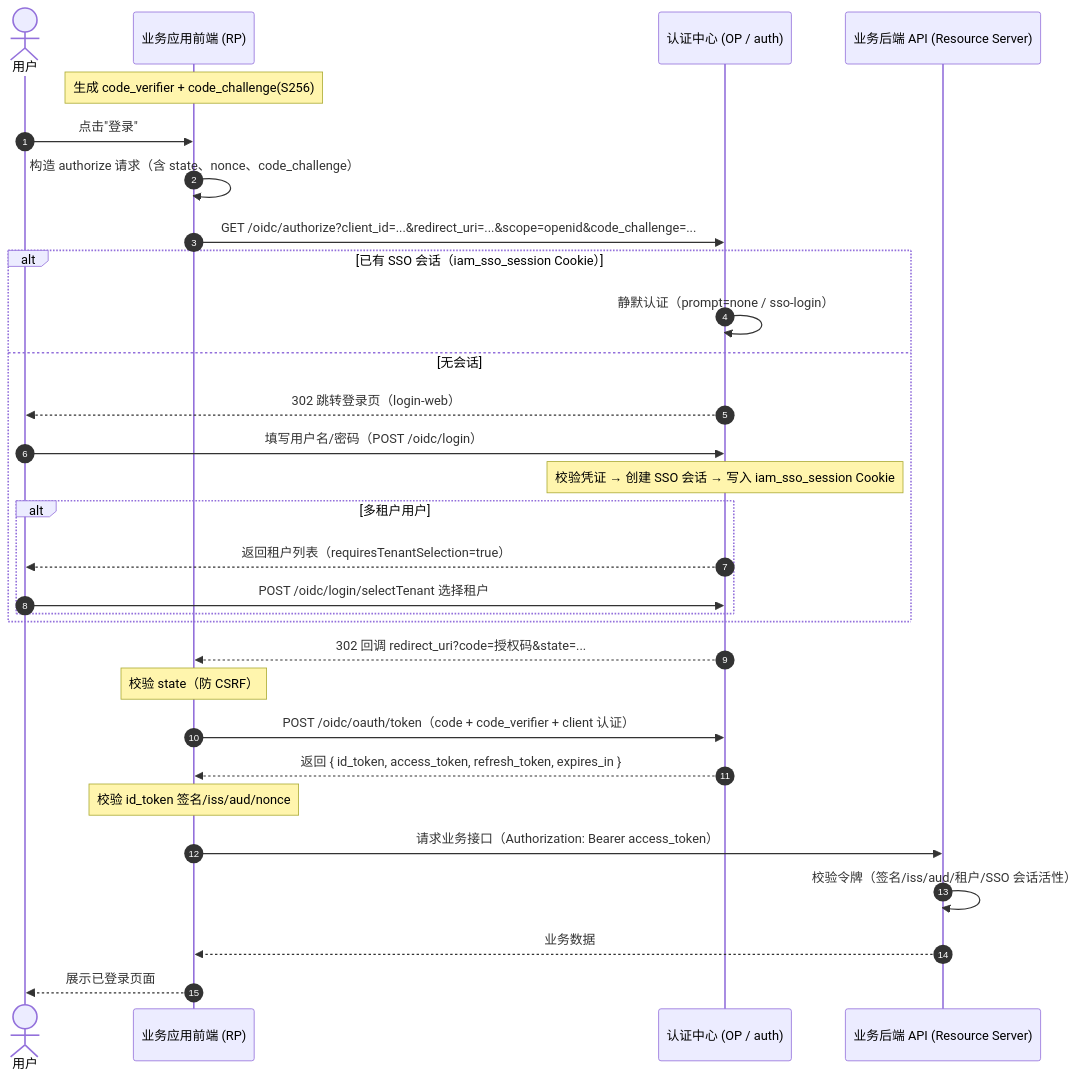
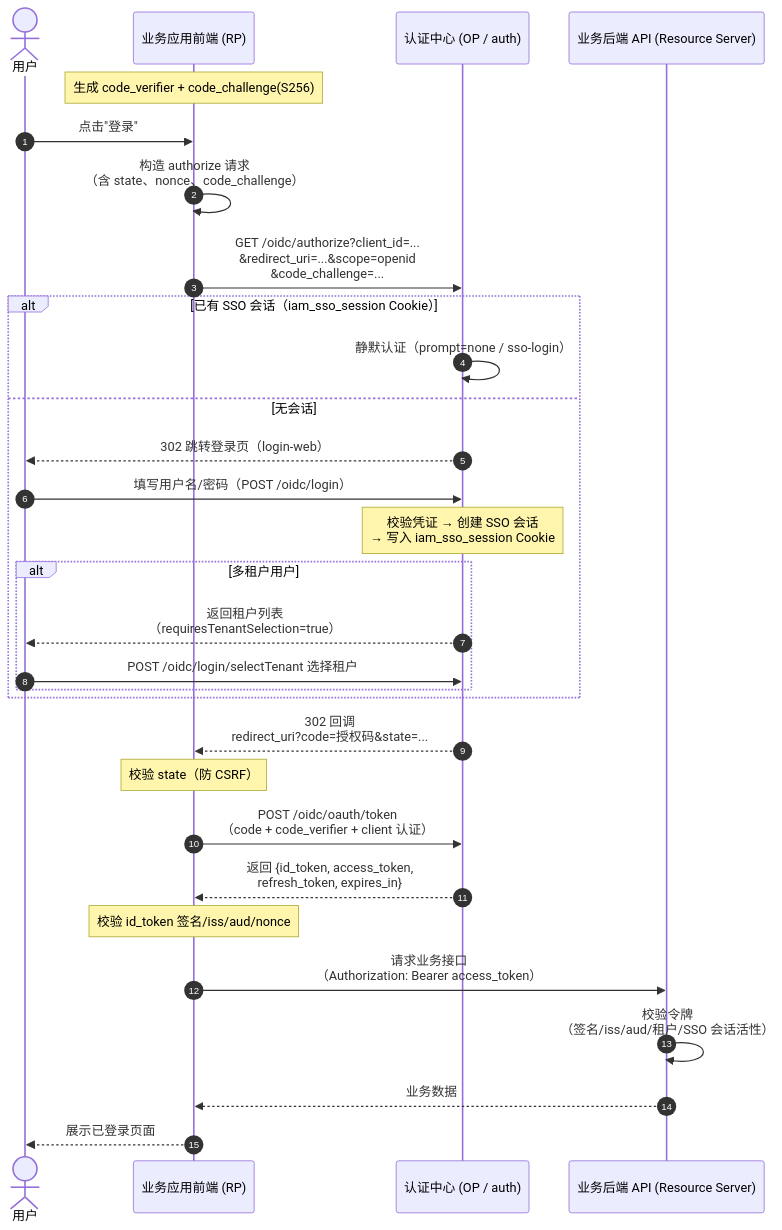
The fifth of 12 diagrams in docs/design/sso-oidc-concepts.md (morehao/ark-iam), drawn with Mermaid before and after one commit. The commit also changed other lines of this file and 172 other files, not shown here.

````diff
--- a/docs/design/sso-oidc-concepts.md
+++ b/docs/design/sso-oidc-concepts.md
@@ -215,33 +215,33 @@
 ```mermaid
 sequenceDiagram
     autonumber
     actor U as 用户
     participant RP as 业务应用前端 (RP)
     participant OP as 认证中心 (OP / auth)
     participant API as 业务后端 API (Resource Server)
 
     Note over RP: 生成 code_verifier + code_challenge(S256)
     U->>RP: 点击"登录"
-    RP->>RP: 构造 authorize 请求（含 state、nonce、code_challenge）
-    RP->>OP: GET /oidc/authorize?client_id=...&redirect_uri=...&scope=openid&code_challenge=...
+    RP->>RP: 构造 authorize 请求<br/>（含 state、nonce、code_challenge）
+    RP->>OP: GET /oidc/authorize?client_id=...<br/>&redirect_uri=...&scope=openid<br/>&code_challenge=...
     alt 已有 SSO 会话（iam_sso_session Cookie）
         OP->>OP: 静默认证（prompt=none / sso-login）
     else 无会话
         OP-->>U: 302 跳转登录页（login-web）
         U->>OP: 填写用户名/密码（POST /oidc/login）
-        Note over OP: 校验凭证 → 创建 SSO 会话 → 写入 iam_sso_session Cookie
+        Note over OP: 校验凭证 → 创建 SSO 会话<br/>→ 写入 iam_sso_session Cookie
         alt 多租户用户
-            OP-->>U: 返回租户列表（requiresTenantSelection=true）
+            OP-->>U: 返回租户列表<br/>（requiresTenantSelection=true）
             U->>OP: POST /oidc/login/selectTenant 选择租户
         end
     end
-    OP-->>RP: 302 回调 redirect_uri?code=授权码&state=...
+    OP-->>RP: 302 回调<br/>redirect_uri?code=授权码&state=...
     Note over RP: 校验 state（防 CSRF）
-    RP->>OP: POST /oidc/oauth/token（code + code_verifier + client 认证）
-    OP-->>RP: 返回 { id_token, access_token, refresh_token, expires_in }
+    RP->>OP: POST /oidc/oauth/token<br/>（code + code_verifier + client 认证）
+    OP-->>RP: 返回 {id_token, access_token,<br/>refresh_token, expires_in}
     Note over RP: 校验 id_token 签名/iss/aud/nonce
-    RP->>API: 请求业务接口（Authorization: Bearer access_token）
-    API->>API: 校验令牌（签名/iss/aud/租户/SSO 会话活性）
+    RP->>API: 请求业务接口<br/>（Authorization: Bearer access_token）
+    API->>API: 校验令牌<br/>（签名/iss/aud/租户/SSO 会话活性）
     API-->>RP: 业务数据
     RP-->>U: 展示已登录页面
 ```
````
